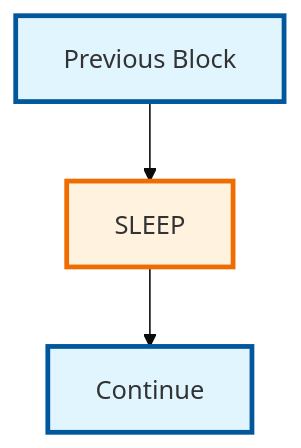
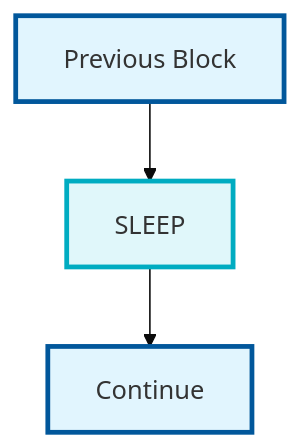
Before and after one commit to bastelbude1/Tasker: the fourth of 20 diagrams in TaskER_FlowChart.md, drawn with Mermaid. The commit also changed other lines of this file, not shown here.

First line of the commit message:
docs: Optimize color scheme for TaskER_FlowChart.md visual clarity

````diff
--- a/TaskER_FlowChart.md
+++ b/TaskER_FlowChart.md
@@ -145,10 +145,10 @@
 ```mermaid
 %%{init: {'theme':'base', 'themeVariables': {'primaryColor':'#ffffff'}}}%%
 flowchart TD
     A[Previous Block] --> B[SLEEP]
     B --> C[Continue]
 
     style A fill:#e1f5fe,stroke:#01579b,stroke-width:3px
-    style B fill:#fff3e0,stroke:#ef6c00,stroke-width:3px
+    style B fill:#e0f7fa,stroke:#00acc1,stroke-width:3px
     style C fill:#e1f5fe,stroke:#01579b,stroke-width:3px
 ```
````
